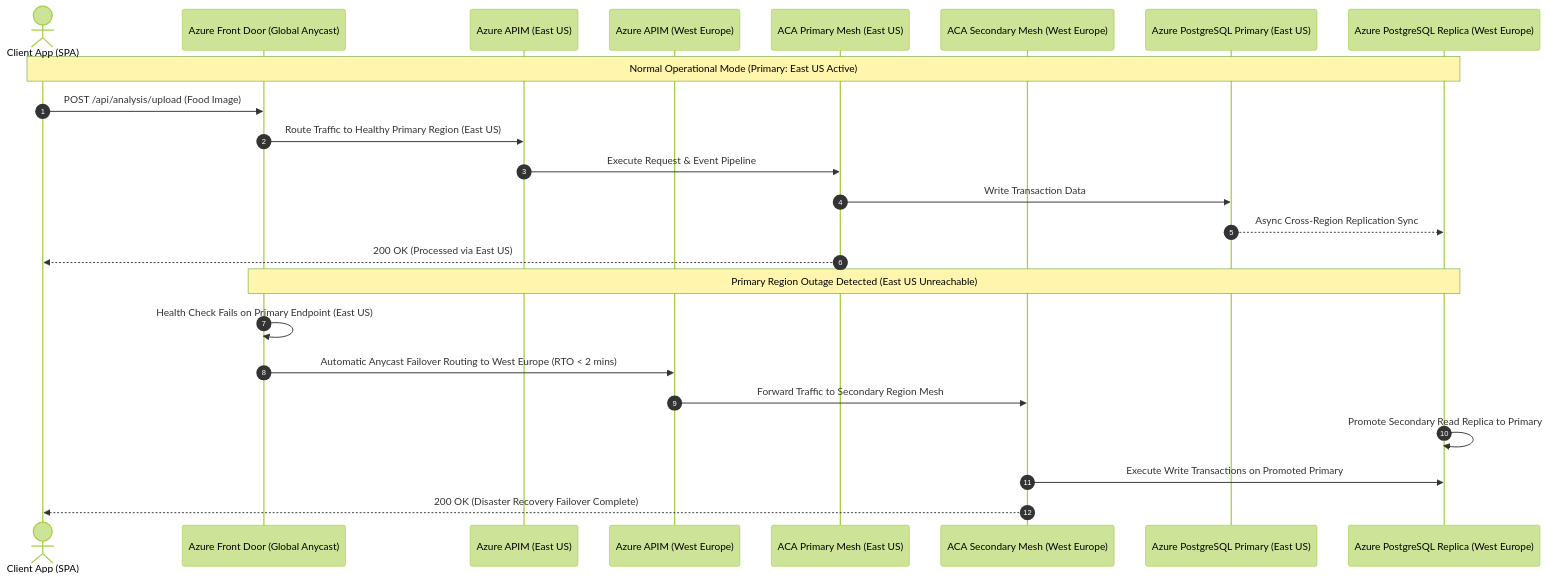
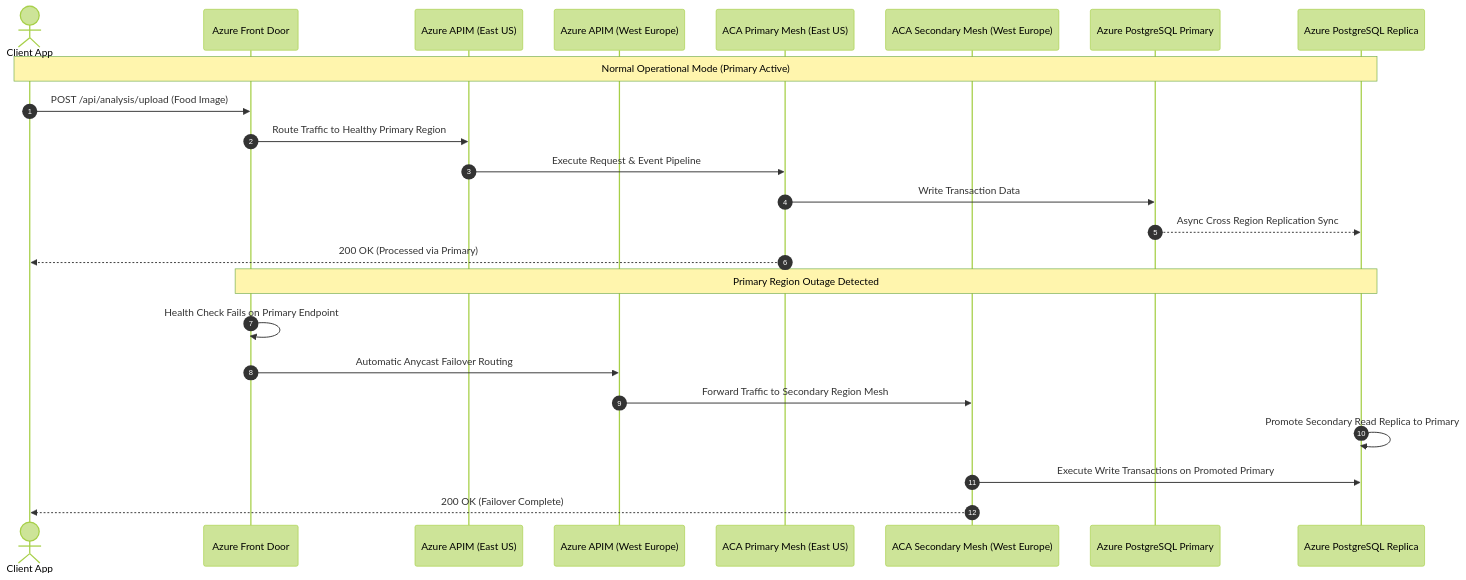
The second of 2 diagrams in docs/azure/00-architecture-flow-diagram.md (vikranth18devops/AI_Food), drawn with Mermaid (forest theme) before and after one commit. The commit also changed other lines of this file and 1 other file, not shown here.

Commit message:
fix(docs): resolve Mermaid diagram syntax error in GitHub Markdown parser

````diff
--- a/docs/azure/00-architecture-flow-diagram.md
+++ b/docs/azure/00-architecture-flow-diagram.md
@@ -124,28 +111,28 @@
 ```mermaid
 sequenceDiagram
     autonumber
-    actor User as Client App (SPA)
-    participant FrontDoor as Azure Front Door (Global Anycast)
+    actor User as Client App
+    participant FrontDoor as Azure Front Door
     participant APIM_P as Azure APIM (East US)
     participant APIM_S as Azure APIM (West Europe)
     participant ACA_P as ACA Primary Mesh (East US)
     participant ACA_S as ACA Secondary Mesh (West Europe)
-    participant Postgres_P as Azure PostgreSQL Primary (East US)
-    participant Postgres_S as Azure PostgreSQL Replica (West Europe)
+    participant Postgres_P as Azure PostgreSQL Primary
+    participant Postgres_S as Azure PostgreSQL Replica
 
-    Note over User,Postgres_S: Normal Operational Mode (Primary: East US Active)
+    Note over User,Postgres_S: Normal Operational Mode (Primary Active)
     User->>FrontDoor: POST /api/analysis/upload (Food Image)
-    FrontDoor->>APIM_P: Route Traffic to Healthy Primary Region (East US)
+    FrontDoor->>APIM_P: Route Traffic to Healthy Primary Region
     APIM_P->>ACA_P: Execute Request & Event Pipeline
     ACA_P->>Postgres_P: Write Transaction Data
-    Postgres_P-->>Postgres_S: Async Cross-Region Replication Sync
-    ACA_P-->>User: 200 OK (Processed via East US)
+    Postgres_P-->>Postgres_S: Async Cross Region Replication Sync
+    ACA_P-->>User: 200 OK (Processed via Primary)
 
-    Note over FrontDoor,Postgres_S: Primary Region Outage Detected (East US Unreachable)
-    FrontDoor->>FrontDoor: Health Check Fails on Primary Endpoint (East US)
-    FrontDoor->>APIM_S: Automatic Anycast Failover Routing to West Europe (RTO < 2 mins)
+    Note over FrontDoor,Postgres_S: Primary Region Outage Detected
+    FrontDoor->>FrontDoor: Health Check Fails on Primary Endpoint
+    FrontDoor->>APIM_S: Automatic Anycast Failover Routing
     APIM_S->>ACA_S: Forward Traffic to Secondary Region Mesh
     Postgres_S->>Postgres_S: Promote Secondary Read Replica to Primary
     ACA_S->>Postgres_S: Execute Write Transactions on Promoted Primary
-    ACA_S-->>User: 200 OK (Disaster Recovery Failover Complete)
+    ACA_S-->>User: 200 OK (Failover Complete)
 ```
````
